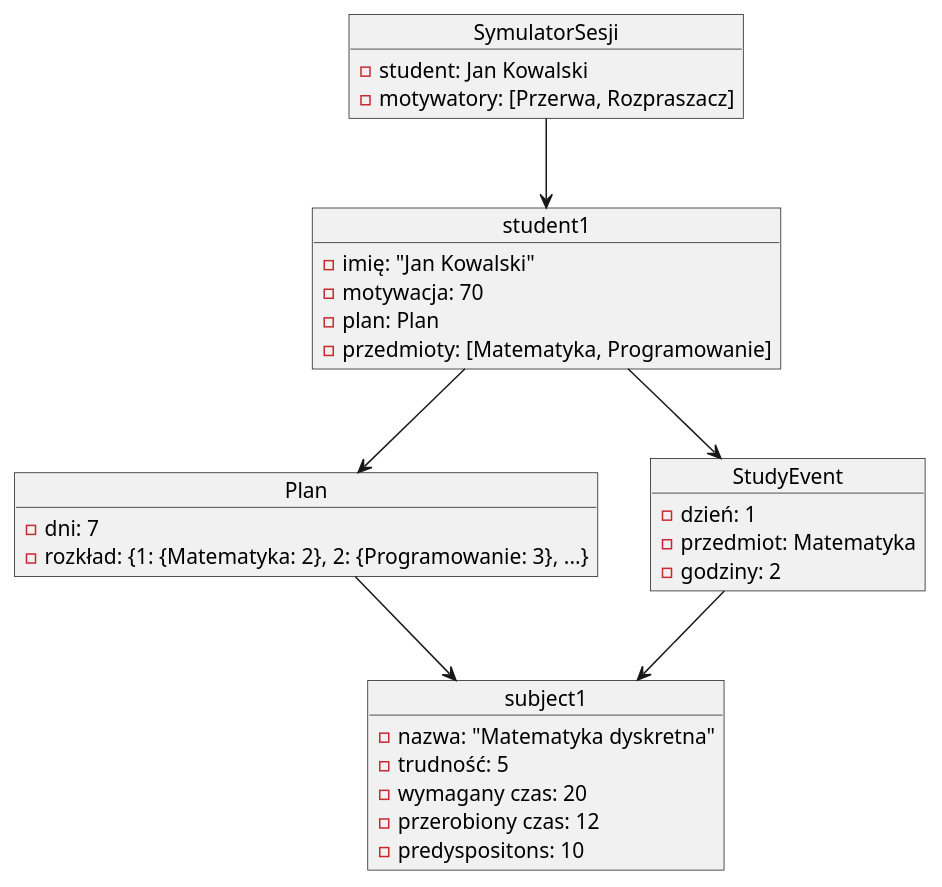
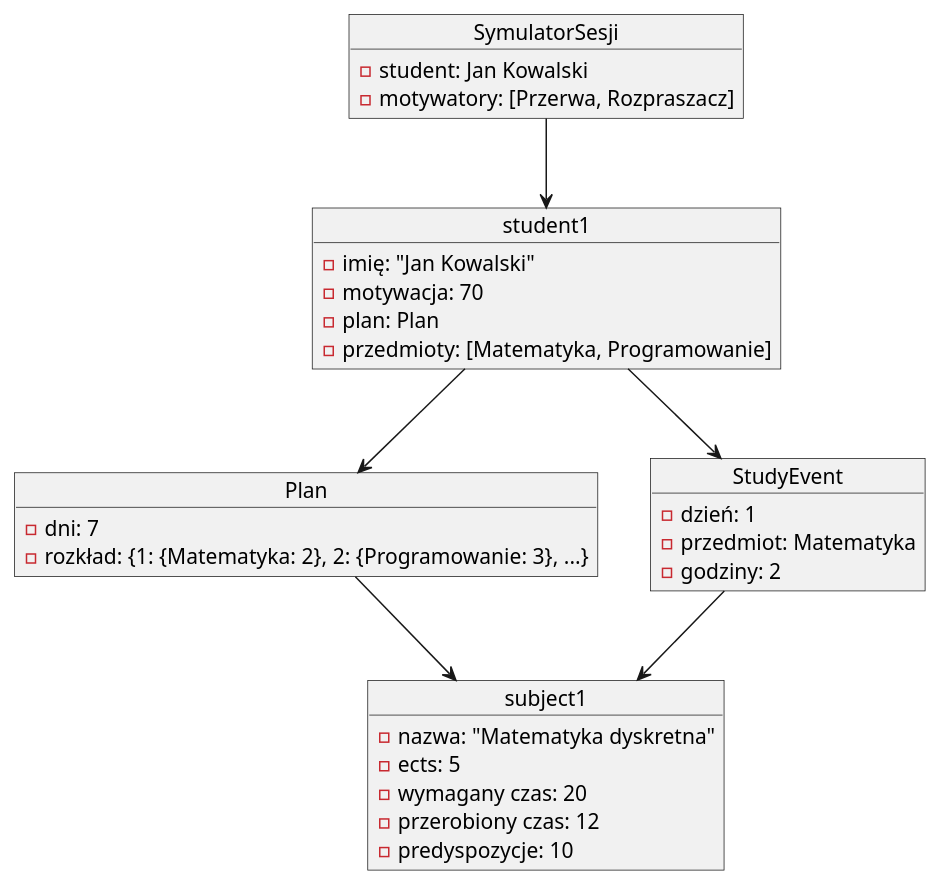
The diagram in uml/Diagram obiektów.puml (Krzyzak321/Symulator_Sesji), drawn with PlantUML before and after one commit. The commit also changed 5 other files, not shown here.

```diff
--- a/uml/Diagram obiektów.puml
+++ b/uml/Diagram obiektów.puml
@@ -1,39 +1,39 @@
 @startuml
 
 object student1 {
   - imię: "Jan Kowalski"
   - motywacja: 70
   - plan: Plan
   - przedmioty: [Matematyka, Programowanie]
 }
 
 object subject1 {
   - nazwa: "Matematyka dyskretna"
-  - trudność: 5
+  - ects: 5
   - wymagany czas: 20
   - przerobiony czas: 12
-  - predyspositons: 10
+  - predyspozycje: 10
 }
 object Plan{
   - dni: 7
   - rozkład: {1: {Matematyka: 2}, 2: {Programowanie: 3}, ...}
 }
 
 object StudyEvent {
   - dzień: 1
   - przedmiot: Matematyka
   - godziny: 2
 }
 
 object SymulatorSesji {
   - student: Jan Kowalski
   - motywatory: [Przerwa, Rozpraszacz]
 }
 
 student1 --> Plan
 Plan --> subject1
 StudyEvent --> subject1
 student1 --> StudyEvent
 SymulatorSesji --> student1
 
 @enduml
```
